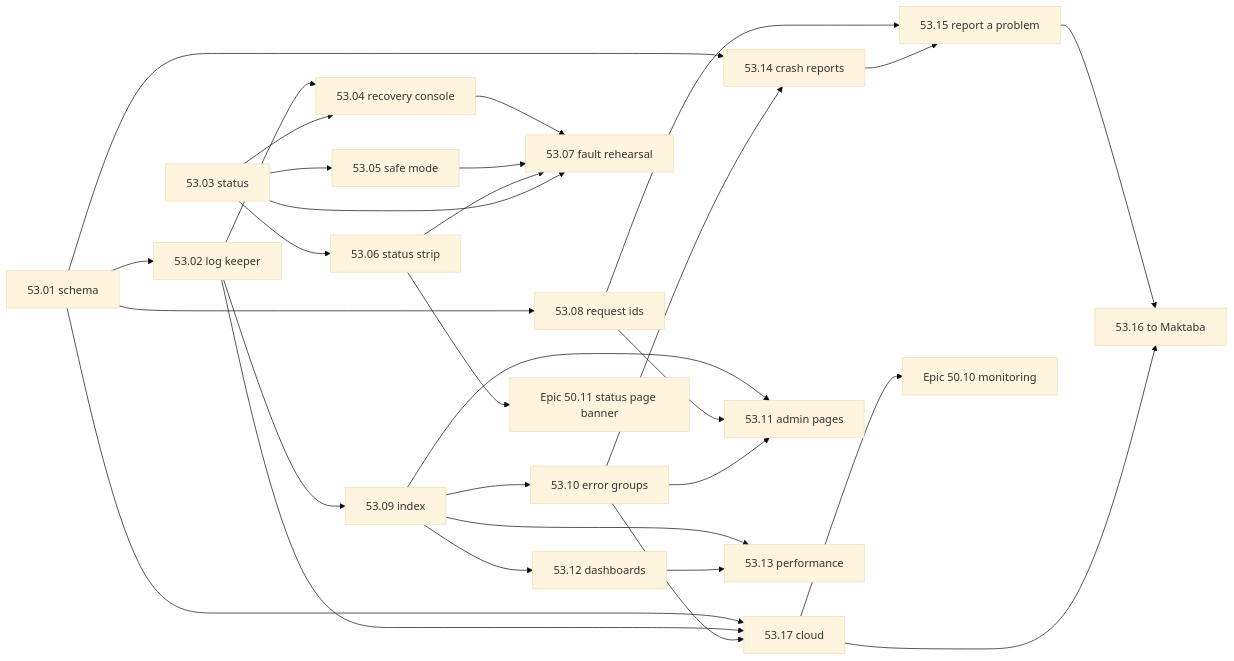
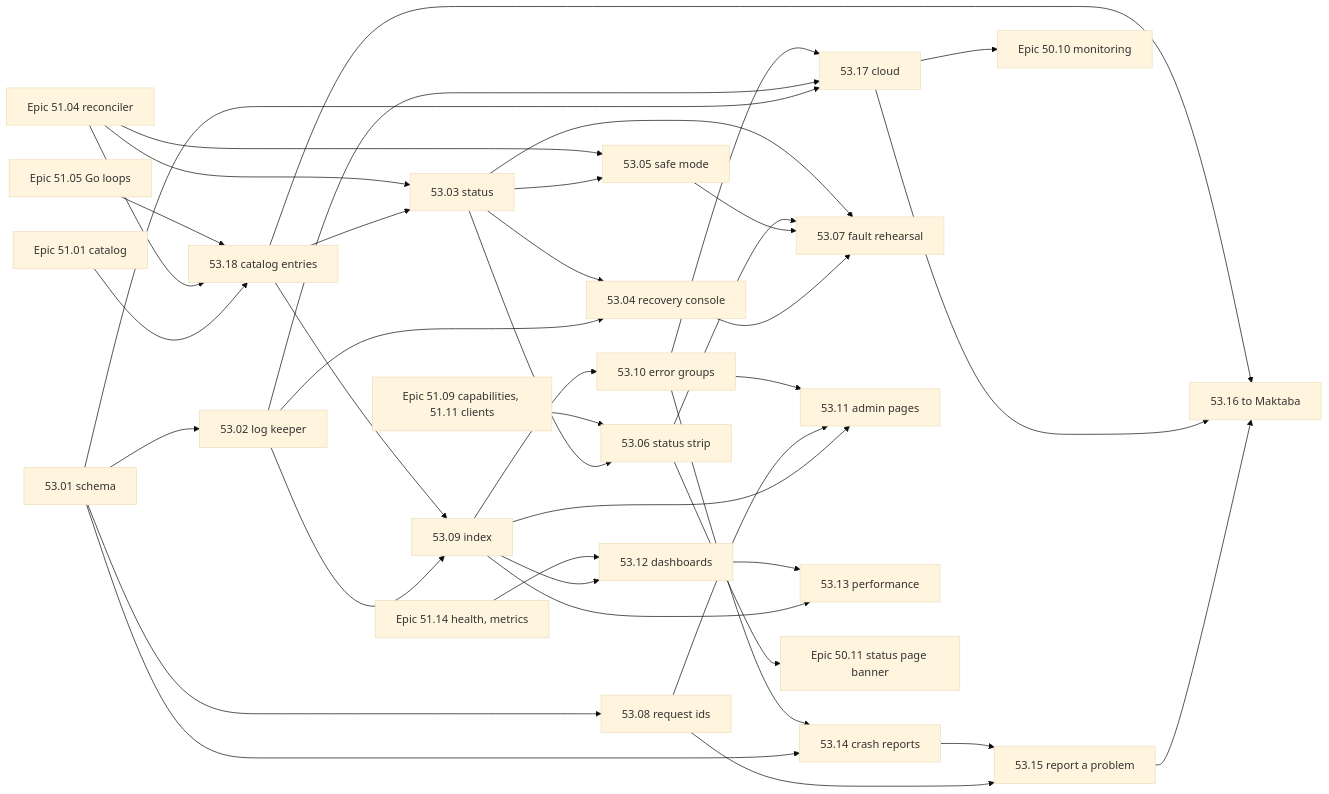
The diagram in specs/epics/53-logs-errors-reports/README.md (Hamza-Labs-Core/Maktaba), drawn with Mermaid (base theme) before and after one commit. The commit also changed other lines of this file and 88 other files, not shown here.

````diff
--- a/specs/epics/53-logs-errors-reports/README.md
+++ b/specs/epics/53-logs-errors-reports/README.md
@@ -278,32 +277,42 @@
 ```mermaid
 graph LR
   S01[53.01 schema] --> S02[53.02 log keeper]
   S01 --> S08[53.08 request ids]
   S01 --> S14[53.14 crash reports]
   S01 --> S17[53.17 cloud]
   S02 --> S04[53.04 recovery console]
   S02 --> S09[53.09 index]
   S02 --> S17
   S03[53.03 status] --> S04
   S03 --> S05[53.05 safe mode]
   S03 --> S06[53.06 status strip]
   S04 --> S07[53.07 fault rehearsal]
   S05 --> S07
   S06 --> S07
   S03 --> S07
   S09 --> S10[53.10 error groups]
   S09 --> S11[53.11 admin pages]
   S09 --> S12[53.12 dashboards]
   S09 --> S13[53.13 performance]
   S08 --> S11
   S10 --> S11
   S12 --> S13
   S10 --> S14
   S10 --> S17
   S08 --> S15[53.15 report a problem]
   S14 --> S15
   S15 --> S16[53.16 to Maktaba]
   S17 --> S16
+  S18[53.18 catalog entries] --> S03
+  S18 --> S09
+  S18 --> S16
+  E51_01[Epic 51.01 catalog] --> S18
+  E51_04[Epic 51.04 reconciler] --> S18
+  E51_04 --> S03
+  E51_04 --> S05
+  E51_05[Epic 51.05 Go loops] --> S18
+  E51_09[Epic 51.09 capabilities, 51.11 clients] --> S06
+  E51_14[Epic 51.14 health, metrics] --> S12
   S17 --> E50_10[Epic 50.10 monitoring]
   S06 --> E50_11[Epic 50.11 status page banner]
 ```
````
